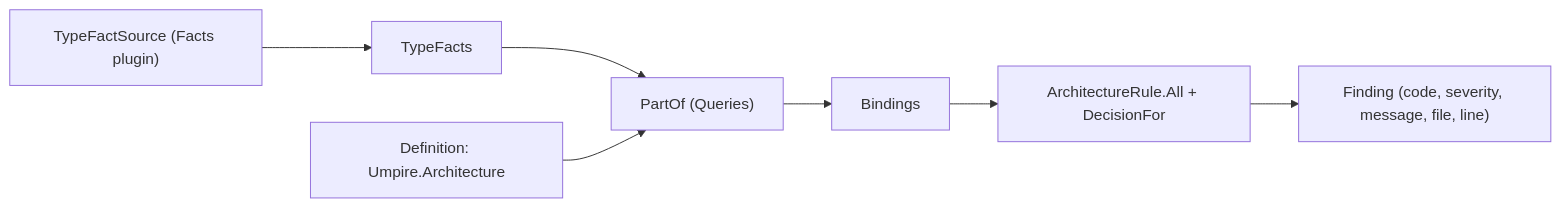
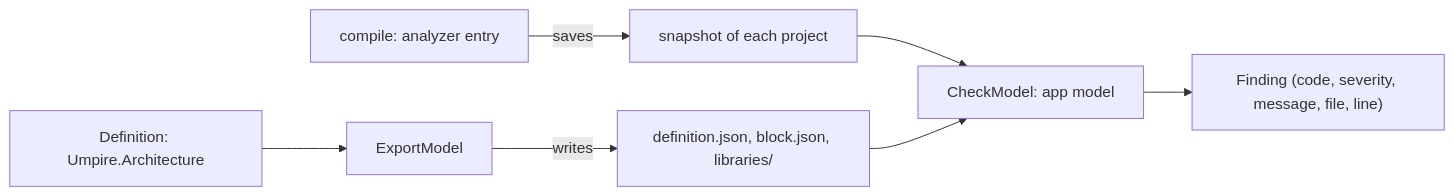
The diagram in docs/architecture-engine.md (MgCohen/vsa-template), drawn with Mermaid before and after one commit. The commit also changed other lines of this file and 52 other files, not shown here.

First line of the commit message:
Check the build on the snapshots of the compile

````diff
--- a/docs/architecture-engine.md
+++ b/docs/architecture-engine.md
@@ -5,9 +5,9 @@
 ```mermaid
 flowchart LR
-    L["TypeFactSource (Facts plugin)"] --> A["TypeFacts"]
-    A --> B["PartOf (Queries)"]
-    D[Definition: Umpire.Architecture] --> B
-    B --> S[Bindings]
-    S --> C["ArchitectureRule.All + DecisionFor"]
-    C --> F["Finding (code, severity, message, file, line)"]
+    C["compile: analyzer entry"] -->|saves| S["snapshot of each project"]
+    D[Definition: Umpire.Architecture] --> E["ExportModel"]
+    E -->|writes| J["definition.json, block.json, libraries/"]
+    S --> M["CheckModel: app model"]
+    J --> M
+    M --> F["Finding (code, severity, message, file, line)"]
 ```
````
